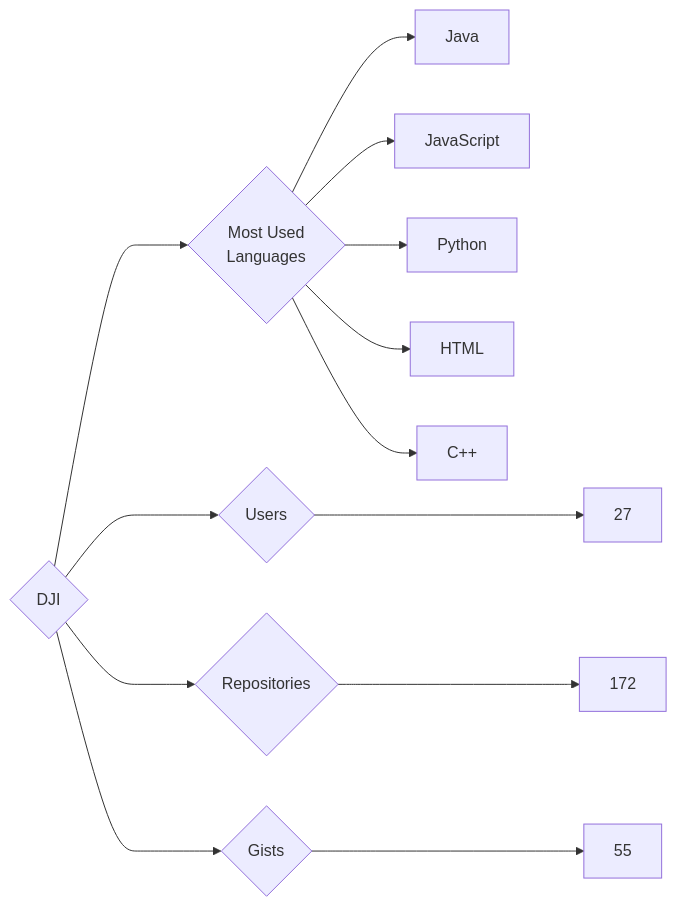
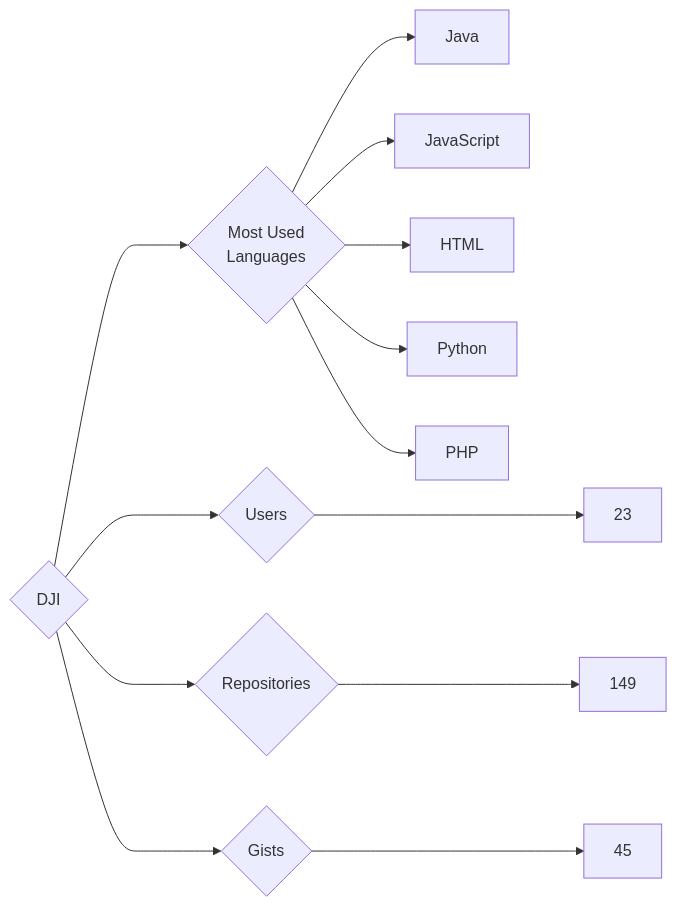
The diagram in targets/DJI/README.md (trickest/insiders), drawn with Mermaid before and after one commit. The commit also changed 682 other files, not shown here.

````diff
--- a/targets/DJI/README.md
+++ b/targets/DJI/README.md
@@ -3,13 +3,13 @@
 ```mermaid
 graph LR
 COMPANY_NAME{DJI}
-COMPANY_NAME ---> U{Users} ---> UN[27]
-COMPANY_NAME ---> R{Repositories} ---> RN[172]
-COMPANY_NAME ---> G{Gists} ---> GN[55]
+COMPANY_NAME ---> U{Users} ---> UN[23]
+COMPANY_NAME ---> R{Repositories} ---> RN[149]
+COMPANY_NAME ---> G{Gists} ---> GN[45]
 COMPANY_NAME ---> ML{Most Used<br>Languages}
 ML --> Java[Java]
 ML --> JavaScript[JavaScript]
+ML --> HTML[HTML]
 ML --> Python[Python]
-ML --> HTML[HTML]
-ML --> C++[C++]
+ML --> PHP[PHP]
 ```
````
